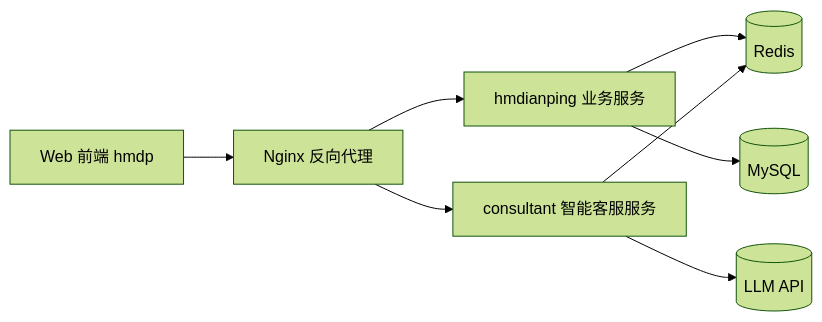
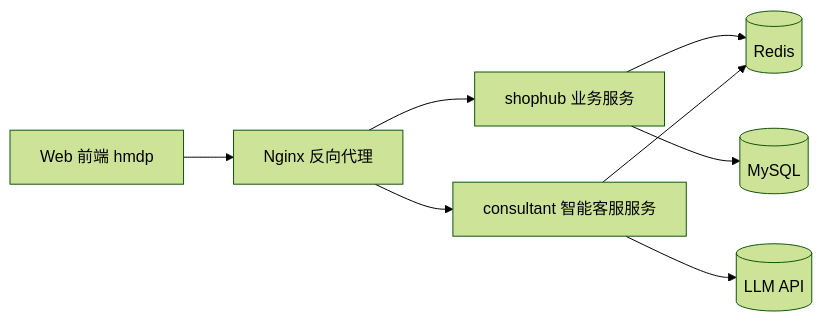
The diagram in README.md (dirge2024/ShopHub), drawn with Mermaid (forest theme) before and after one commit. The commit also changed other lines of this file and 79 other files, not shown here.

````diff
--- a/README.md
+++ b/README.md
@@ -9,10 +9,10 @@
 ```mermaid
 flowchart LR
     A[Web 前端 hmdp] --> B[Nginx 反向代理]
-    B --> C[hmdianping 业务服务]
+    B --> C[shophub 业务服务]
     B --> D[consultant 智能客服服务]
     C --> E[(Redis)]
     C --> F[(MySQL)]
     D --> E
     D --> G[(LLM API)]
 ```
````
